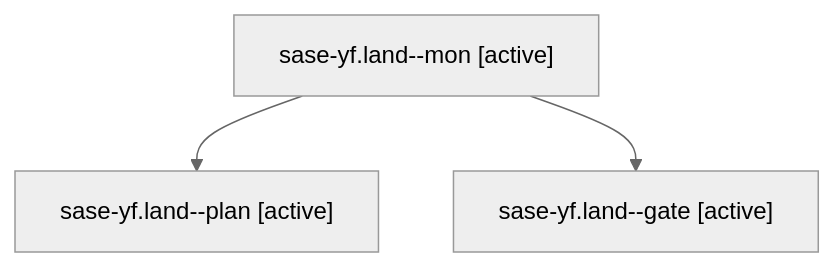
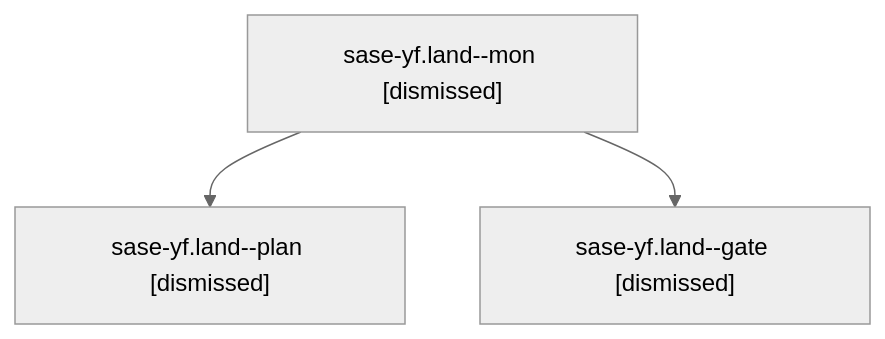
The diagram in sessions/bbugyi200.athena.sase-yf.land.md (sase-org/sase--agents), drawn with Mermaid (neutral theme) before and after one commit. The commit also changed other lines of this file and 141 other files, not shown here.

````diff
--- a/sessions/bbugyi200.athena.sase-yf.land.md
+++ b/sessions/bbugyi200.athena.sase-yf.land.md
@@ -9,8 +9,8 @@
 ```mermaid
 flowchart TD
-  n0["sase-yf.land--mon [active]"]
-  n1["sase-yf.land--plan [active]"]
+  n0["sase-yf.land--mon [dismissed]"]
+  n1["sase-yf.land--plan [dismissed]"]
   n0 --> n1
-  n2["sase-yf.land--gate [active]"]
+  n2["sase-yf.land--gate [dismissed]"]
   n0 --> n2
 ```
````
